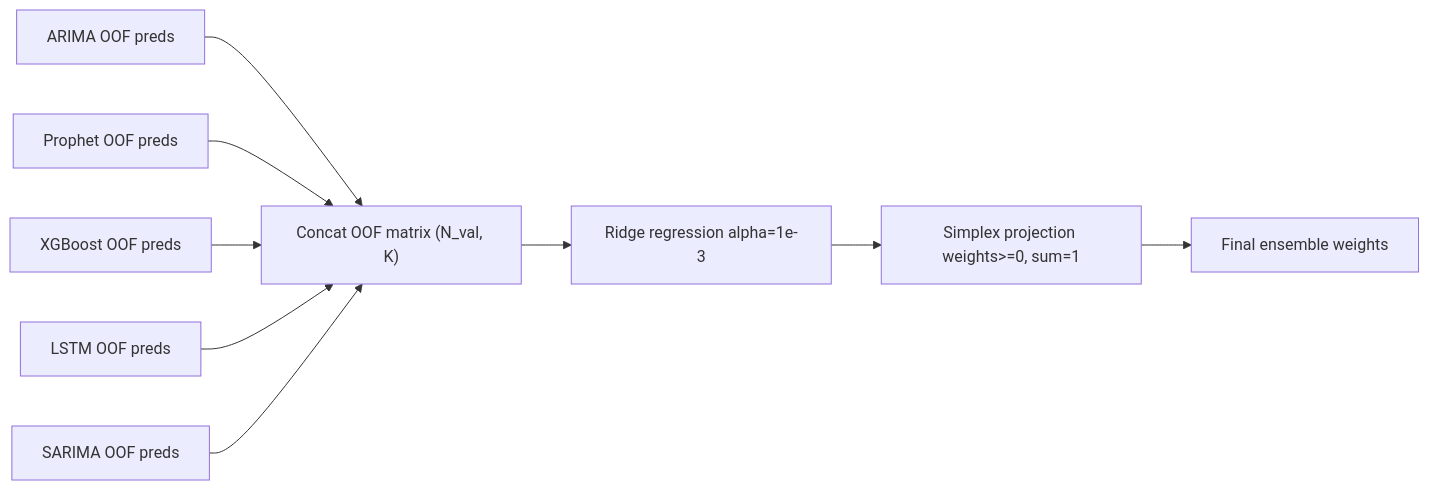
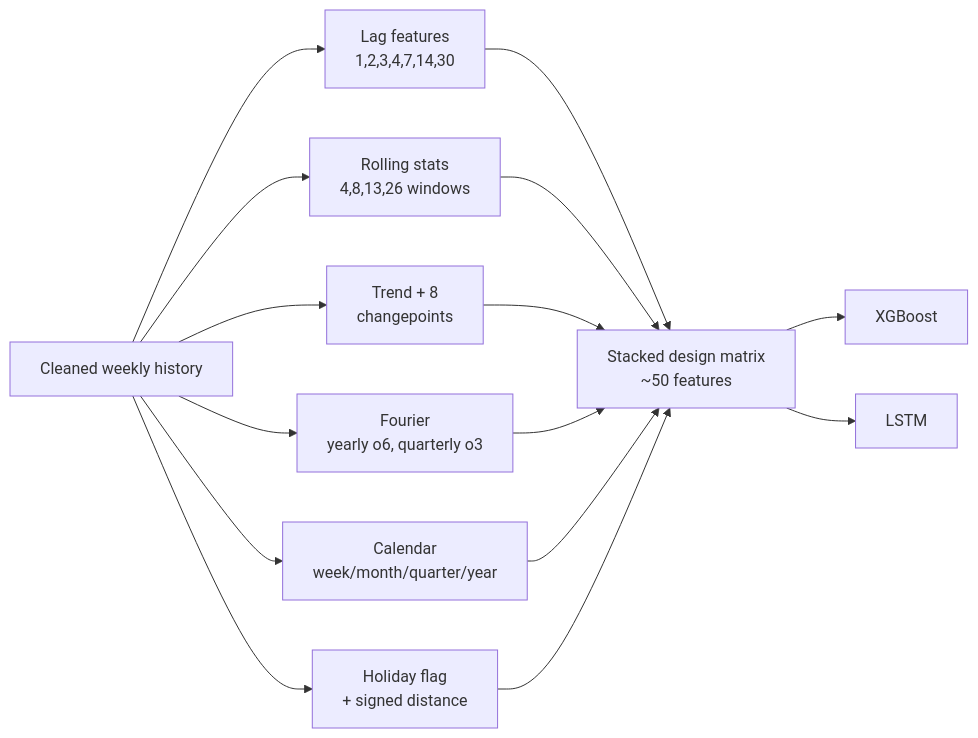
One commit to Nikkclaws/sales-forecasting-system changed the diagram in docs/figures/mermaid/diagram_4.mmd. Above: the diagram before and after it, drawn with Mermaid. The commit also changed 47 other files, not shown here.

```diff
--- a/docs/figures/mermaid/diagram_4.mmd
+++ b/docs/figures/mermaid/diagram_4.mmd
@@ -1,9 +1,10 @@
 flowchart LR
-    M1["ARIMA OOF preds"] --> S["Concat OOF matrix (N_val, K)"]
-    M2["Prophet OOF preds"] --> S
-    M3["XGBoost OOF preds"] --> S
-    M4["LSTM OOF preds"] --> S
-    M5["SARIMA OOF preds"] --> S
-    S --> R["Ridge regression alpha=1e-3"]
-    R --> P["Simplex projection weights>=0, sum=1"]
-    P --> W["Final ensemble weights"]
+    H["Cleaned weekly history"] --> L["Lag features\n1,2,3,4,7,14,30"]
+    H --> R["Rolling stats\n4,8,13,26 windows"]
+    H --> T["Trend + 8\nchangepoints"]
+    H --> F["Fourier\nyearly o6, quarterly o3"]
+    H --> C["Calendar\nweek/month/quarter/year"]
+    H --> Y["Holiday flag\n+ signed distance"]
+    L & R & T & F & C & Y --> X["Stacked design matrix\n~50 features"]
+    X --> XG["XGBoost"]
+    X --> LS["LSTM"]
```
